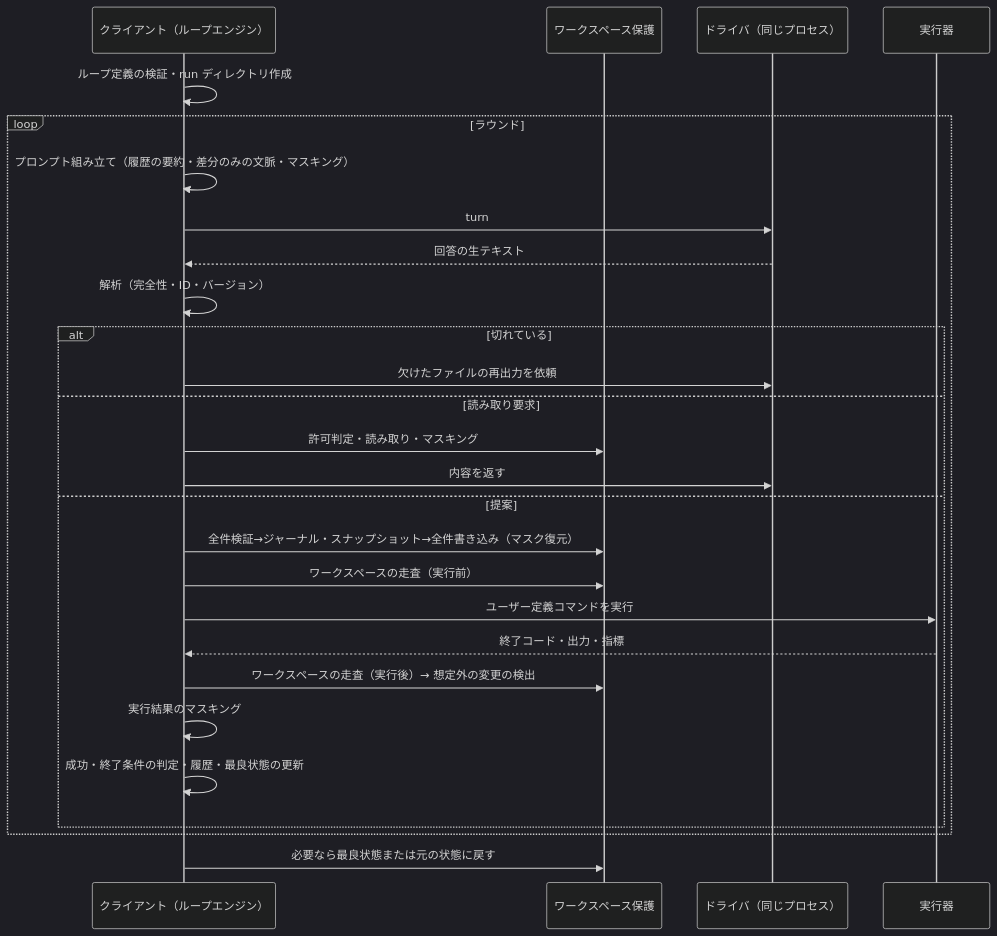
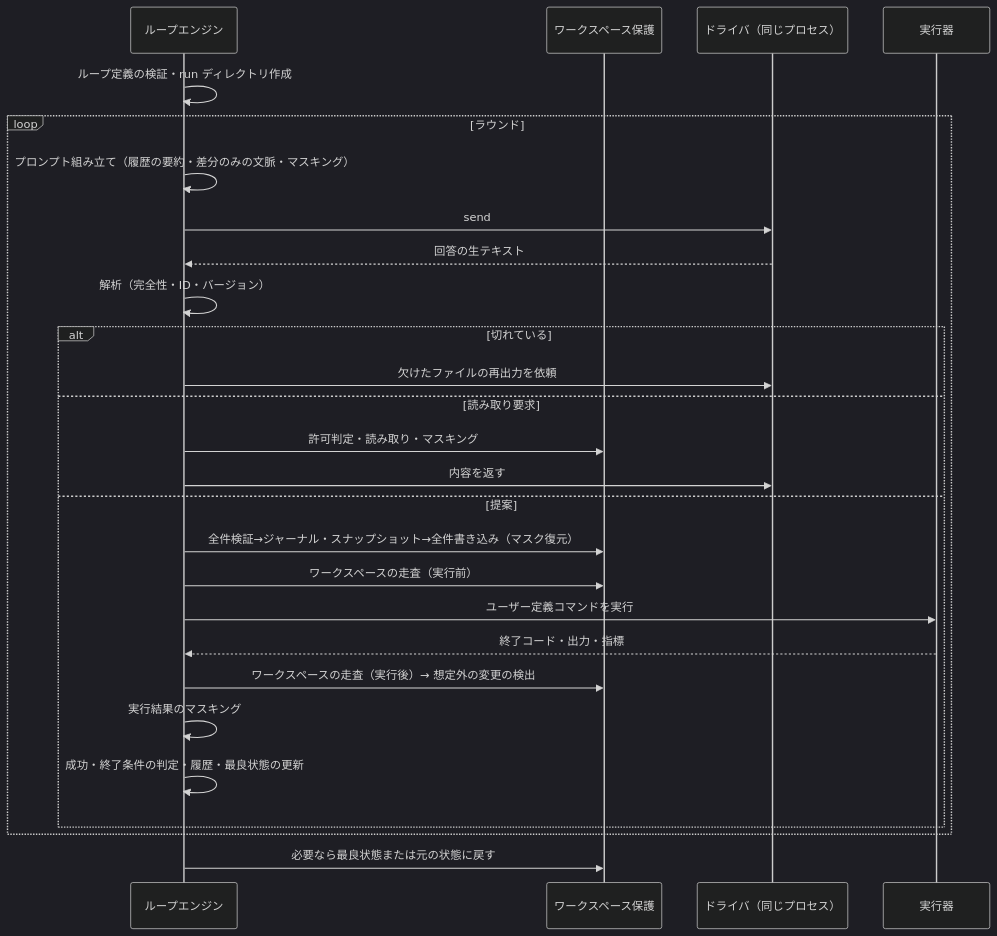
One commit to ip-sandbox/llmc changed the third of 3 diagrams in docs/architecture.md. Above: the diagram before and after it, drawn with Mermaid (dark theme). The commit also changed other lines of this file and 10 other files, not shown here.

````diff
--- a/docs/architecture.md
+++ b/docs/architecture.md
@@ -114,29 +114,29 @@
 ```mermaid
 sequenceDiagram
-  participant C as クライアント（ループエンジン）
+  participant C as ループエンジン
   participant W as ワークスペース保護
   participant D as ドライバ（同じプロセス）
   participant X as 実行器
   C->>C: ループ定義の検証・run ディレクトリ作成
   loop ラウンド
     C->>C: プロンプト組み立て（履歴の要約・差分のみの文脈・マスキング）
-    C->>D: turn
+    C->>D: send
     D-->>C: 回答の生テキスト
     C->>C: 解析（完全性・ID・バージョン）
     alt 切れている
       C->>D: 欠けたファイルの再出力を依頼
     else 読み取り要求
       C->>W: 許可判定・読み取り・マスキング
       C->>D: 内容を返す
     else 提案
       C->>W: 全件検証→ジャーナル・スナップショット→全件書き込み（マスク復元）
       C->>W: ワークスペースの走査（実行前）
       C->>X: ユーザー定義コマンドを実行
       X-->>C: 終了コード・出力・指標
       C->>W: ワークスペースの走査（実行後）→ 想定外の変更の検出
       C->>C: 実行結果のマスキング
       C->>C: 成功・終了条件の判定・履歴・最良状態の更新
     end
   end
   C->>W: 必要なら最良状態または元の状態に戻す
 ```
````
